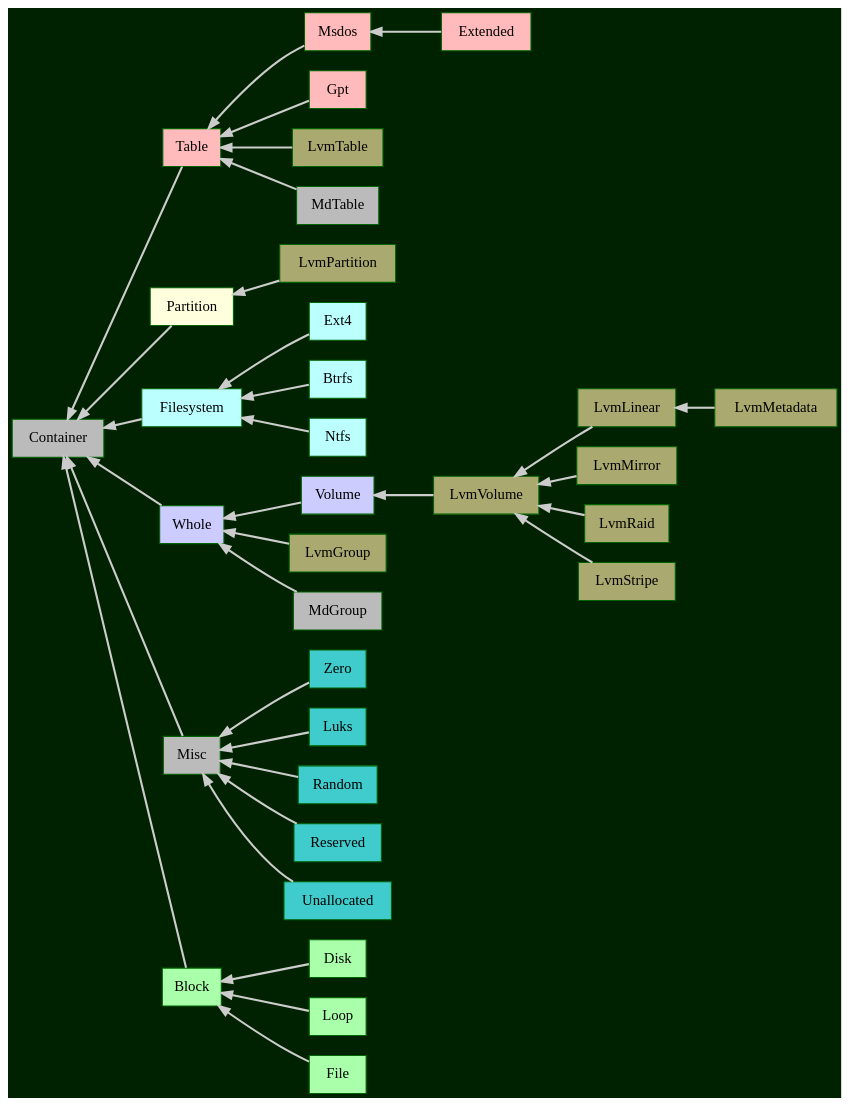
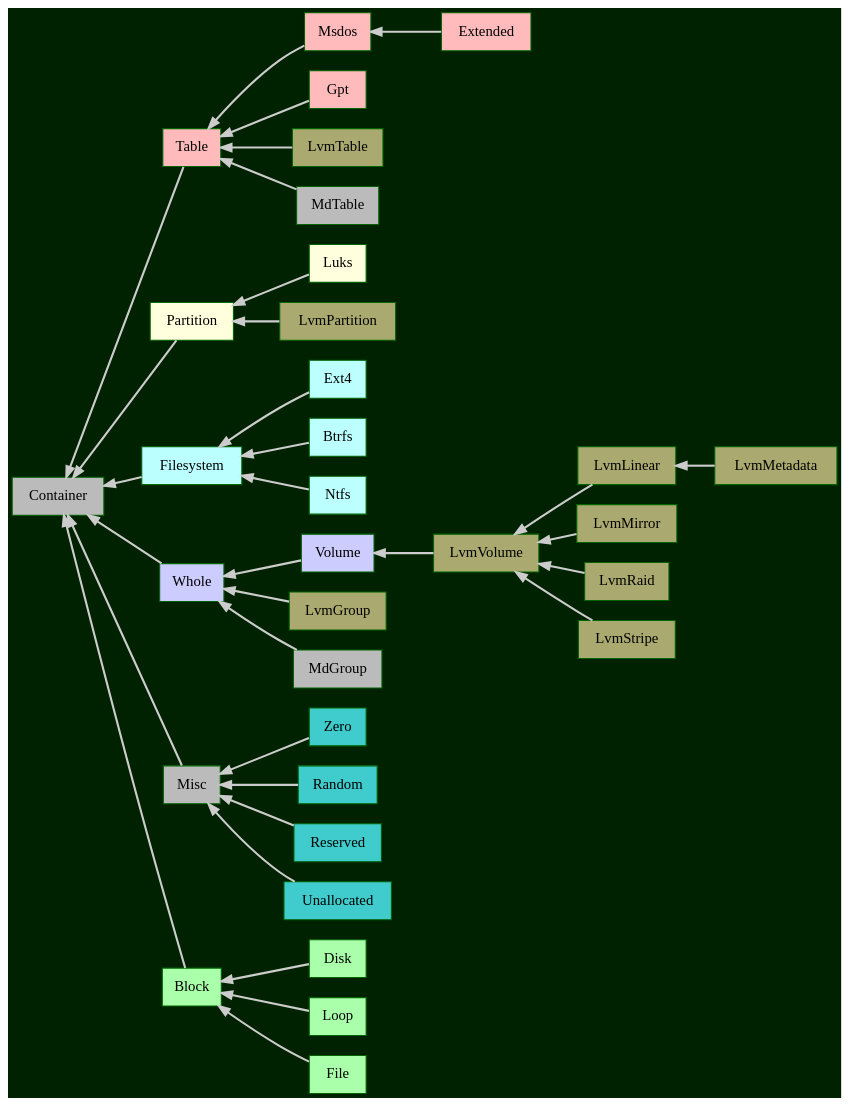
One commit to flatcap/dparted changed the diagram in gfx/class_dparted2.gv. Above: the diagram before and after it, drawn with Graphviz.

Commit message:
luks -> partition

```diff
--- a/gfx/class_dparted2.gv
+++ b/gfx/class_dparted2.gv
@@ -1,88 +1,88 @@
 digraph G
 {
 	graph [ rankdir="RL" ];
 	node  [ shape=record, style=filled ];
 	edge  [ penwidth=2.0 ];
 
 	graph [ bgcolor="#002200", color=white ];
 	node  [ fillcolor="#bbbbbb", color=darkgreen ];
 	edge  [ color="#cccccc" ];
 
 	Block [ fillcolor="#aaffaa" ];
 	Disk  [ fillcolor="#aaffaa" ];
 	Loop  [ fillcolor="#aaffaa" ];
 	File  [ fillcolor="#aaffaa" ];
 
 	Table    [ fillcolor="#ffbbbb" ];
 	Msdos    [ fillcolor="#ffbbbb" ];
 	Extended [ fillcolor="#ffbbbb" ];
 	Gpt      [ fillcolor="#ffbbbb" ];
 
 	Partition [ fillcolor="#ffffdd" ];
+	Luks      [ fillcolor="#ffffdd" ];
 
 	Filesystem [ fillcolor="#bbffff" ];
 	Ext4       [ fillcolor="#bbffff" ];
 	Btrfs      [ fillcolor="#bbffff" ];
 	Ntfs       [ fillcolor="#bbffff" ];
 
 	Whole  [ fillcolor="#ccccff" ];
 	Volume [ fillcolor="#ccccff" ];
 
 	LvmGroup     [ fillcolor="#aaaa70" ];
 	LvmLinear    [ fillcolor="#aaaa70" ];
 	LvmMetadata  [ fillcolor="#aaaa70" ];
 	LvmMirror    [ fillcolor="#aaaa70" ];
 	LvmPartition [ fillcolor="#aaaa70" ];
 	LvmRaid      [ fillcolor="#aaaa70" ];
 	LvmStripe    [ fillcolor="#aaaa70" ];
 	LvmTable     [ fillcolor="#aaaa70" ];
 	LvmVolume    [ fillcolor="#aaaa70" ];
 
 	Zero        [ fillcolor="#40cccc" ];
-	Luks        [ fillcolor="#40cccc" ];
 	Random      [ fillcolor="#40cccc" ];
 	Reserved    [ fillcolor="#40cccc" ];
 	Unallocated [ fillcolor="#40cccc" ];
 
 	Disk         -> Block;
 	File         -> Block;
 	Loop         -> Block;
 
 	Block        -> Container;
 	Filesystem   -> Container;
 	Misc         -> Container;
 	Partition    -> Container;
 	Table        -> Container;
 	Whole        -> Container;
 
 	LvmMetadata  -> LvmLinear;
 	LvmLinear    -> LvmVolume;
 	LvmMirror    -> LvmVolume;
 	LvmRaid      -> LvmVolume;
 	LvmStripe    -> LvmVolume;
 
 	Extended     -> Msdos;
 
 	LvmPartition -> Partition;
+	Luks         -> Partition;
 
 	Gpt          -> Table;
 	LvmTable     -> Table;
 	MdTable      -> Table;
 	Msdos        -> Table;
 
 	LvmVolume    -> Volume;
 
 	LvmGroup     -> Whole;
 	MdGroup      -> Whole;
 	Volume       -> Whole;
 
 	Ext4        -> Filesystem;
 	Btrfs       -> Filesystem;
 	Ntfs        -> Filesystem;
 
 	Zero        -> Misc;
-	Luks        -> Misc;
 	Random      -> Misc;
 	Reserved    -> Misc;
 	Unallocated -> Misc;
 }
```
